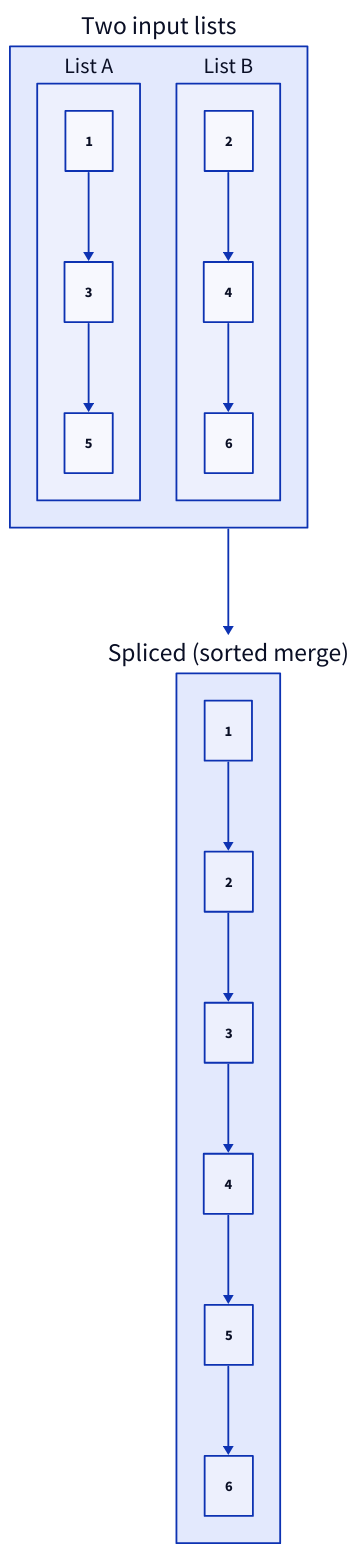
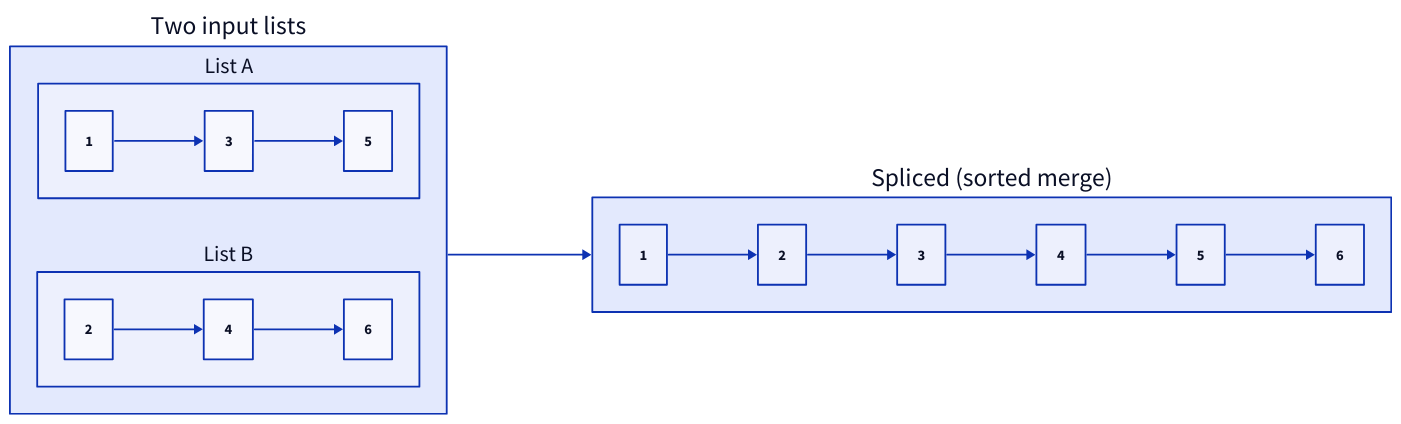
One commit to ani2fun/note-book changed the fourth of 6 diagrams in src/computer-science/DSA/data-structures/2.singly-linked-list/11-pattern-merge.md. Above: the diagram before and after it, drawn with D2. The commit also changed 28 other files, not shown here.

First line of the commit message:
DSA topics 1-5: lay out flow-style d2 diagrams horizontally

````diff
--- a/src/computer-science/DSA/data-structures/2.singly-linked-list/11-pattern-merge.md
+++ b/src/computer-science/DSA/data-structures/2.singly-linked-list/11-pattern-merge.md
@@ -384,37 +384,39 @@
 ```d2
+direction: right
+
 before: Two input lists {
   a: List A {
     direction: right
     a1: "1"
     a2: "3"
     a3: "5"
     a1 -> a2
     a2 -> a3
   }
   b: List B {
     direction: right
     b1: "2"
     b2: "4"
     b3: "6"
     b1 -> b2
     b2 -> b3
   }
 }
 
 after: "Spliced (sorted merge)" {
   direction: right
   c1: "1"
   c2: "2"
   c3: "3"
   c4: "4"
   c5: "5"
   c6: "6"
   c1 -> c2
   c2 -> c3
   c3 -> c4
   c4 -> c5
   c5 -> c6
 }
 
 before -> after
 ```
````
